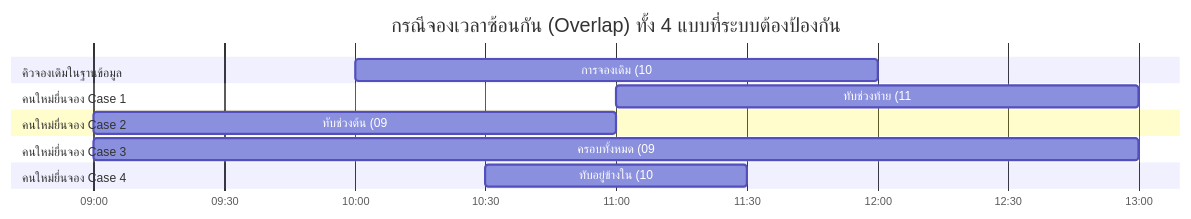
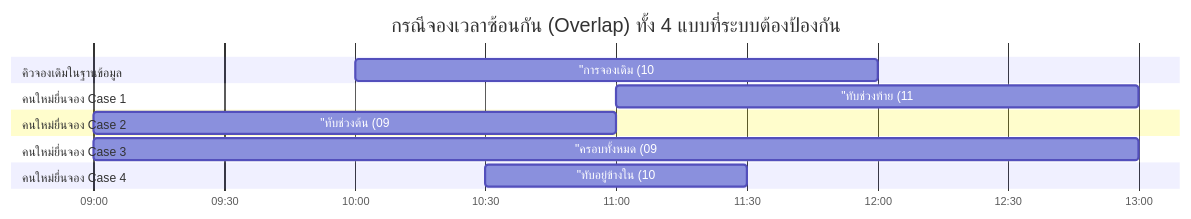
Before and after one commit to Krungsri/laravel-vibecode: the third of 3 diagrams in 02-workshop.md, drawn with Mermaid. The commit also changed other lines of this file, not shown here.

Commit message:
fix: resolve mermaid syntax error in gantt and flowchart

````diff
--- a/02-workshop.md
+++ b/02-workshop.md
@@ -167,21 +167,21 @@
   ```mermaid
   gantt
       title กรณีจองเวลาซ้อนกัน (Overlap) ทั้ง 4 แบบที่ระบบต้องป้องกัน
       dateFormat HH:mm
       axisFormat %H:%M
 
       section คิวจองเดิมในฐานข้อมูล
-      การจองเดิม (10:00 - 12:00) :active, 10:00, 2h
+      "การจองเดิม (10:00 - 12:00)" :active, 10:00, 2h
 
       section คนใหม่ยื่นจอง Case 1
-      ทับช่วงท้าย (11:00 - 13:00) :crit, 11:00, 2h
+      "ทับช่วงท้าย (11:00 - 13:00)" :crit, 11:00, 2h
 
       section คนใหม่ยื่นจอง Case 2
-      ทับช่วงต้น (09:00 - 11:00) :crit, 09:00, 2h
+      "ทับช่วงต้น (09:00 - 11:00)" :crit, 09:00, 2h
 
       section คนใหม่ยื่นจอง Case 3
-      ครอบทั้งหมด (09:00 - 13:00) :crit, 09:00, 4h
+      "ครอบทั้งหมด (09:00 - 13:00)" :crit, 09:00, 4h
 
       section คนใหม่ยื่นจอง Case 4
-      ทับอยู่ข้างใน (10:30 - 11:30) :crit, 10:30, 1h
+      "ทับอยู่ข้างใน (10:30 - 11:30)" :crit, 10:30, 1h
   ```
````
